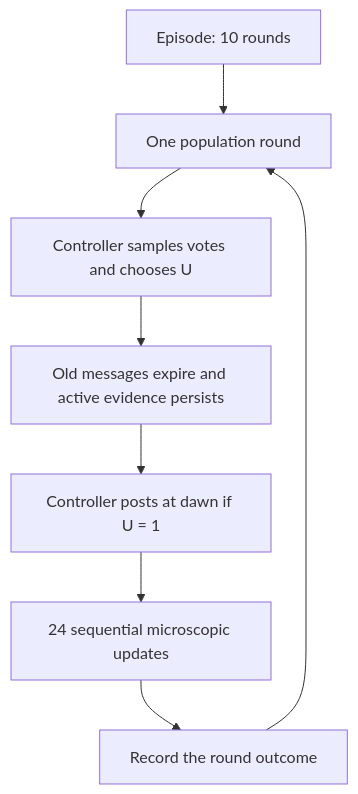
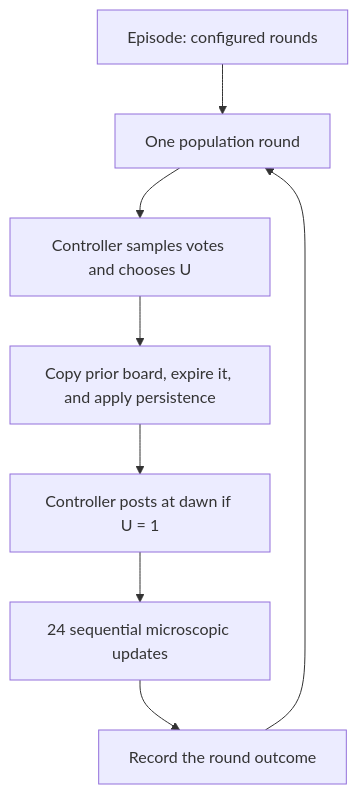
Before and after one commit to cesarali/MA-CC: the diagram in docs/documentation/games/blackboard_game/blackboard_game.md, drawn with Mermaid. The commit also changed other lines of this file, not shown here.

````diff
--- a/docs/documentation/games/blackboard_game/blackboard_game.md
+++ b/docs/documentation/games/blackboard_game/blackboard_game.md
@@ -80,10 +85,10 @@
 ```mermaid
 flowchart TD
-    E[Episode: 10 rounds] --> R[One population round]
+  E[Episode: configured rounds] --> R[One population round]
     R --> S[Controller samples votes and chooses U]
-    S --> N[Old messages expire and active evidence persists]
+  S --> N[Copy prior board, expire it, and apply persistence]
     N --> D[Controller posts at dawn if U = 1]
     D --> M[24 sequential microscopic updates]
     M --> O[Record the round outcome]
     O --> R
 ```
````
